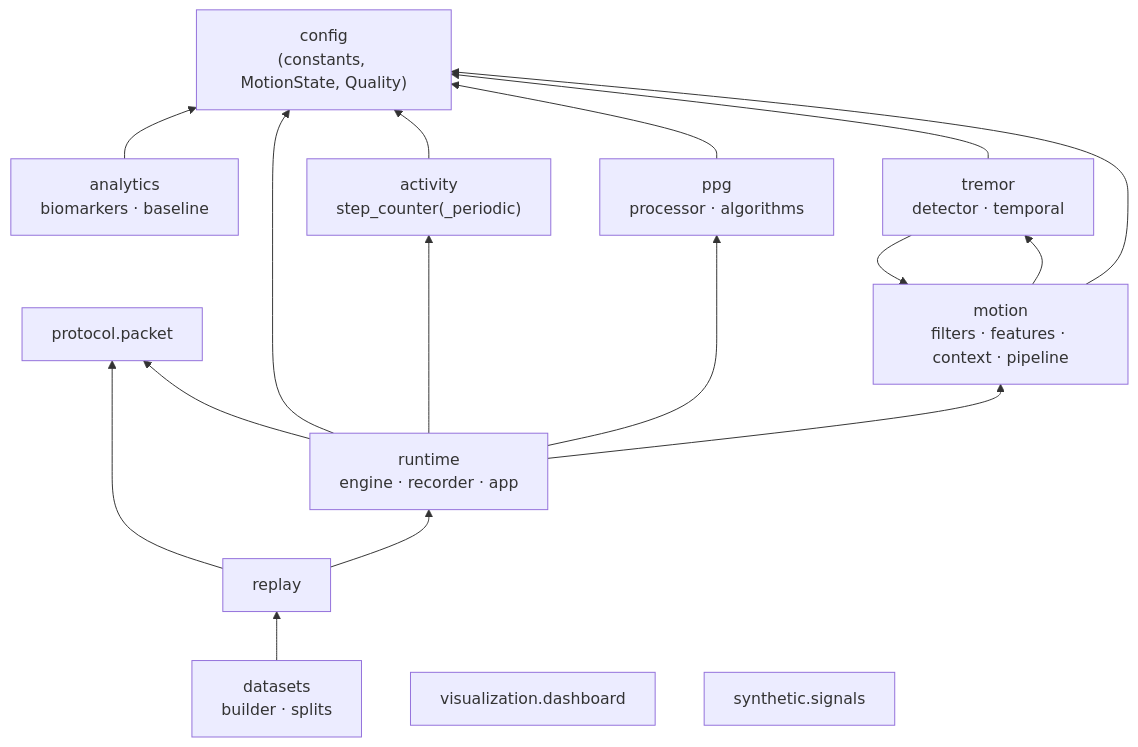
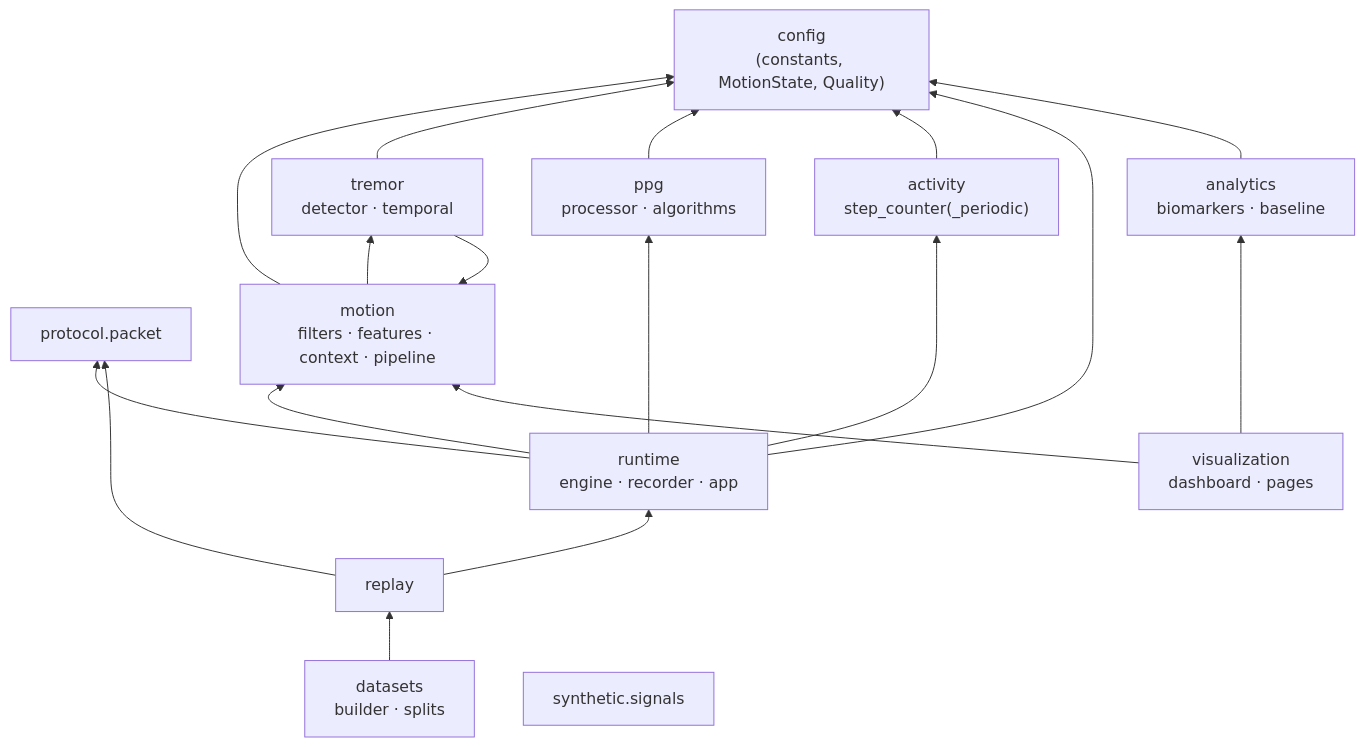
Before and after one commit to sudo-pranshu/ParkinSense: the diagram in docs/software/PYTHON_PACKAGES.md, drawn with Mermaid. The commit also changed other lines of this file and 45 other files, not shown here.

````diff
--- a/docs/software/PYTHON_PACKAGES.md
+++ b/docs/software/PYTHON_PACKAGES.md
@@ -13,30 +13,32 @@
 ```mermaid
 flowchart BT
   config["config<br/>(constants, MotionState, Quality)"]
   protocol["protocol.packet"]
   motion["motion<br/>filters · features · context · pipeline"]
   tremor["tremor<br/>detector · temporal"]
   ppg["ppg<br/>processor · algorithms"]
   activity["activity<br/>step_counter(_periodic)"]
   runtime["runtime<br/>engine · recorder · app"]
   replay["replay"]
   datasets["datasets<br/>builder · splits"]
   analytics["analytics<br/>biomarkers · baseline"]
-  viz["visualization.dashboard"]
+  viz["visualization<br/>dashboard · pages"]
   synthetic["synthetic.signals"]
   motion --> config
   tremor --> config
   tremor --> motion
   motion --> tremor
   ppg --> config
   activity --> config
   runtime --> protocol
   runtime --> motion
   runtime --> ppg
   runtime --> activity
   runtime --> config
   replay --> runtime
   replay --> protocol
   datasets --> replay
   analytics --> config
+  viz --> analytics
+  viz --> motion
 ```
````
